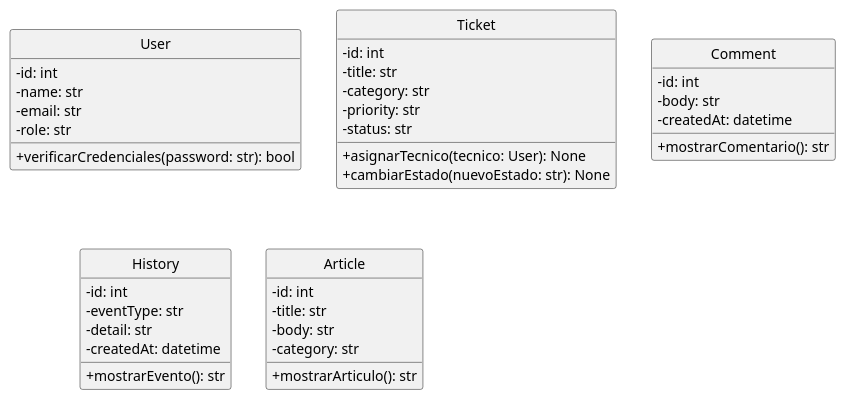
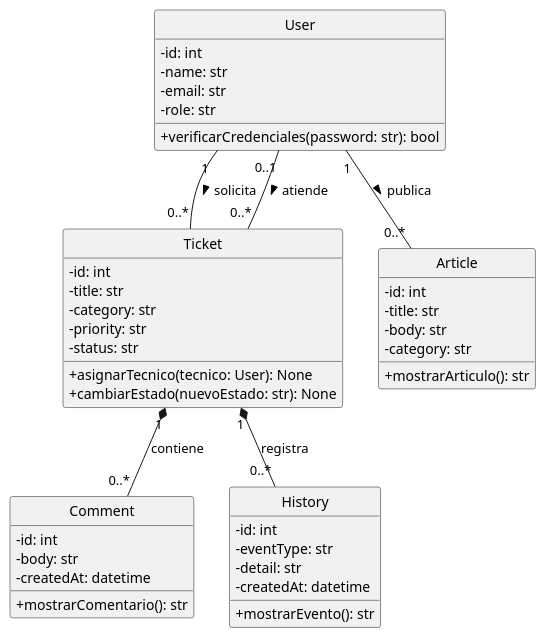
One commit to kristacolon02/progra2-terceraserie changed the diagram in terceraserie/04_modelo_helpdesk.puml. Above: the diagram before and after it, drawn with PlantUML.

Commit message:
Ejercicio 4: agrega relaciones y multiplicidades UML

```diff
--- a/terceraserie/04_modelo_helpdesk.puml
+++ b/terceraserie/04_modelo_helpdesk.puml
@@ -1,47 +1,53 @@
 @startuml ModeloHelpDesk
 
 skinparam classAttributeIconSize 0
 hide circle
 
 class User {
     -id: int
     -name: str
     -email: str
     -role: str
     +verificarCredenciales(password: str): bool
 }
 
 class Ticket {
     -id: int
     -title: str
     -category: str
     -priority: str
     -status: str
     +asignarTecnico(tecnico: User): None
     +cambiarEstado(nuevoEstado: str): None
 }
 
 class Comment {
     -id: int
     -body: str
     -createdAt: datetime
     +mostrarComentario(): str
 }
 
 class History {
     -id: int
     -eventType: str
     -detail: str
     -createdAt: datetime
     +mostrarEvento(): str
 }
 
 class Article {
     -id: int
     -title: str
     -body: str
     -category: str
     +mostrarArticulo(): str
 }
 
+User "1" -- "0..*" Ticket : solicita >
+User "0..1" -- "0..*" Ticket : atiende >
+Ticket "1" *-- "0..*" Comment : contiene
+Ticket "1" *-- "0..*" History : registra
+User "1" -- "0..*" Article : publica >
+
 @enduml
```
